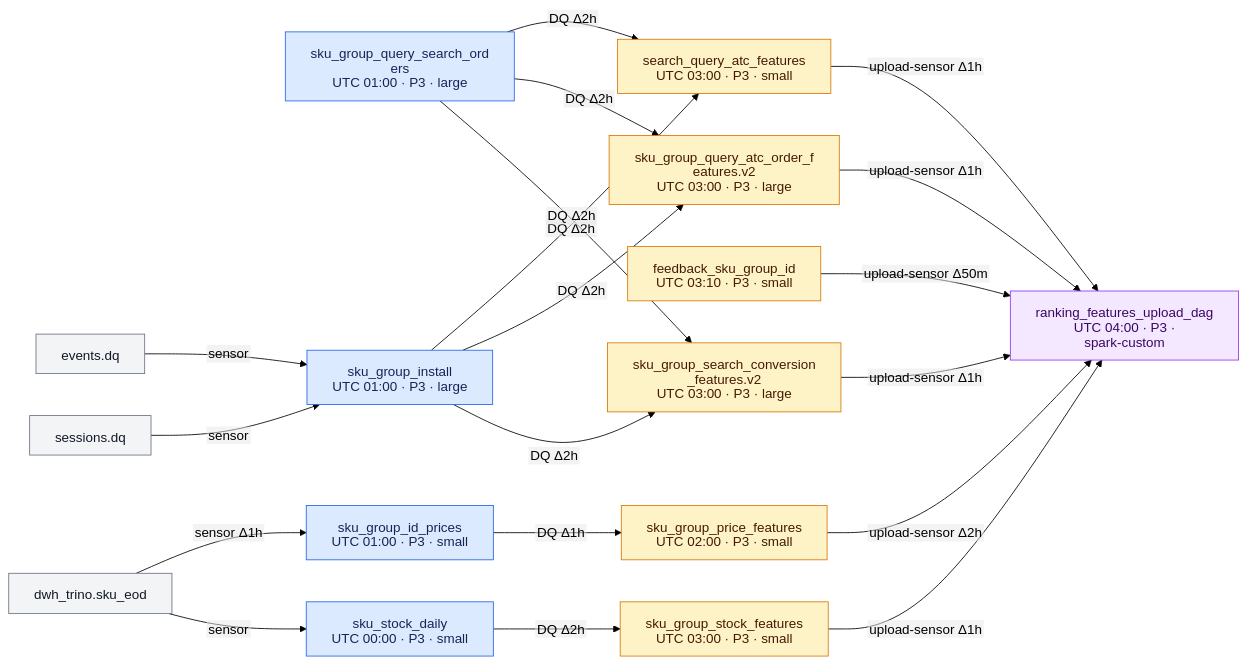
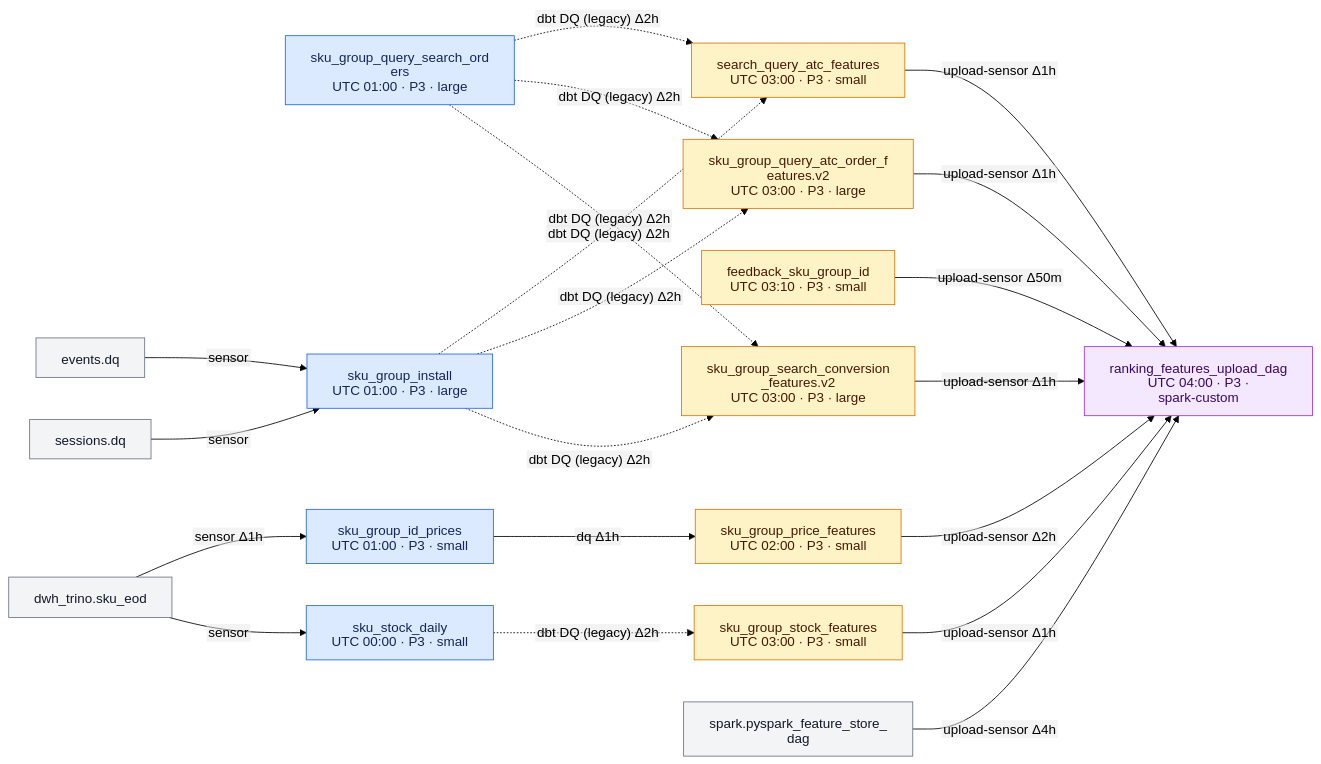
Before and after one commit to DayMarket/ml-feature-platform: the first of 7 diagrams in docs/feature_platform_map.md, drawn with Mermaid (forest theme). The commit also changed other lines of this file and 4 other files, not shown here.

First line of the commit message:
feat: актуализировать карту DAG'ов после переноса DQ и feature_stats

````diff
--- a/docs/feature_platform_map.md
+++ b/docs/feature_platform_map.md
@@ -29,56 +33,58 @@
 ```mermaid
 %%{init: {"flowchart": {"wrappingWidth": 220}, "htmlLabels": false, "markdownAutoWrap": false}}%%
 flowchart LR
     d0["`search_query_atc_features
 UTC 03:00 · P3 · small`"]
     d1["`sku_group_query_atc_order_features.v2
 UTC 03:00 · P3 · large`"]
     d2["`feedback_sku_group_id
 UTC 03:10 · P3 · small`"]
     d3["`sku_group_price_features
 UTC 02:00 · P3 · small`"]
     d4["`sku_group_search_conversion_features.v2
 UTC 03:00 · P3 · large`"]
     d5["`sku_group_stock_features
 UTC 03:00 · P3 · small`"]
     d6["`sku_group_query_search_orders
 UTC 01:00 · P3 · large`"]
     d7["`sku_group_id_prices
 UTC 01:00 · P3 · small`"]
     d8["`sku_group_install
 UTC 01:00 · P3 · large`"]
     d9["`sku_stock_daily
 UTC 00:00 · P3 · small`"]
     d10["`ranking_features_upload_dag
 UTC 04:00 · P3 · spark-custom`"]
     x0["dwh_trino.sku_eod"]
     x1["events.dq"]
     x2["sessions.dq"]
-    d6 -->|"DQ Δ2h"| d0
-    d8 -->|"DQ Δ2h"| d0
-    d6 -->|"DQ Δ2h"| d1
-    d8 -->|"DQ Δ2h"| d1
-    d7 -->|"DQ Δ1h"| d3
-    d6 -->|"DQ Δ2h"| d4
-    d8 -->|"DQ Δ2h"| d4
-    d9 -->|"DQ Δ2h"| d5
+    x3["spark.pyspark_feature_store_dag"]
+    d6 -.->|"dbt DQ (legacy) Δ2h"| d0
+    d8 -.->|"dbt DQ (legacy) Δ2h"| d0
+    d6 -.->|"dbt DQ (legacy) Δ2h"| d1
+    d8 -.->|"dbt DQ (legacy) Δ2h"| d1
+    d7 -->|"dq Δ1h"| d3
+    d6 -.->|"dbt DQ (legacy) Δ2h"| d4
+    d8 -.->|"dbt DQ (legacy) Δ2h"| d4
+    d9 -.->|"dbt DQ (legacy) Δ2h"| d5
     x0 -->|"sensor Δ1h"| d7
     x1 -->|"sensor"| d8
     x2 -->|"sensor"| d8
     x0 -->|"sensor"| d9
     d0 -->|"upload-sensor Δ1h"| d10
     d1 -->|"upload-sensor Δ1h"| d10
     d2 -->|"upload-sensor Δ50m"| d10
     d3 -->|"upload-sensor Δ2h"| d10
     d4 -->|"upload-sensor Δ1h"| d10
     d5 -->|"upload-sensor Δ1h"| d10
+    x3 -->|"upload-sensor Δ4h"| d10
     class d6,d7,d8,d9 silver
     class d0,d1,d2,d3,d4,d5 gold
     class d10 upload
-    class x0,x1,x2 external
+    class x0,x1,x2,x3 external
     classDef silver fill:#dbeafe,stroke:#2563eb,color:#172554
     classDef gold fill:#fef3c7,stroke:#d97706,color:#451a03
     classDef datasets fill:#dcfce7,stroke:#16a34a,color:#052e16
     classDef upload fill:#f3e8ff,stroke:#9333ea,color:#3b0764
     classDef external fill:#f3f4f6,stroke:#6b7280,color:#111827
 ```
````
